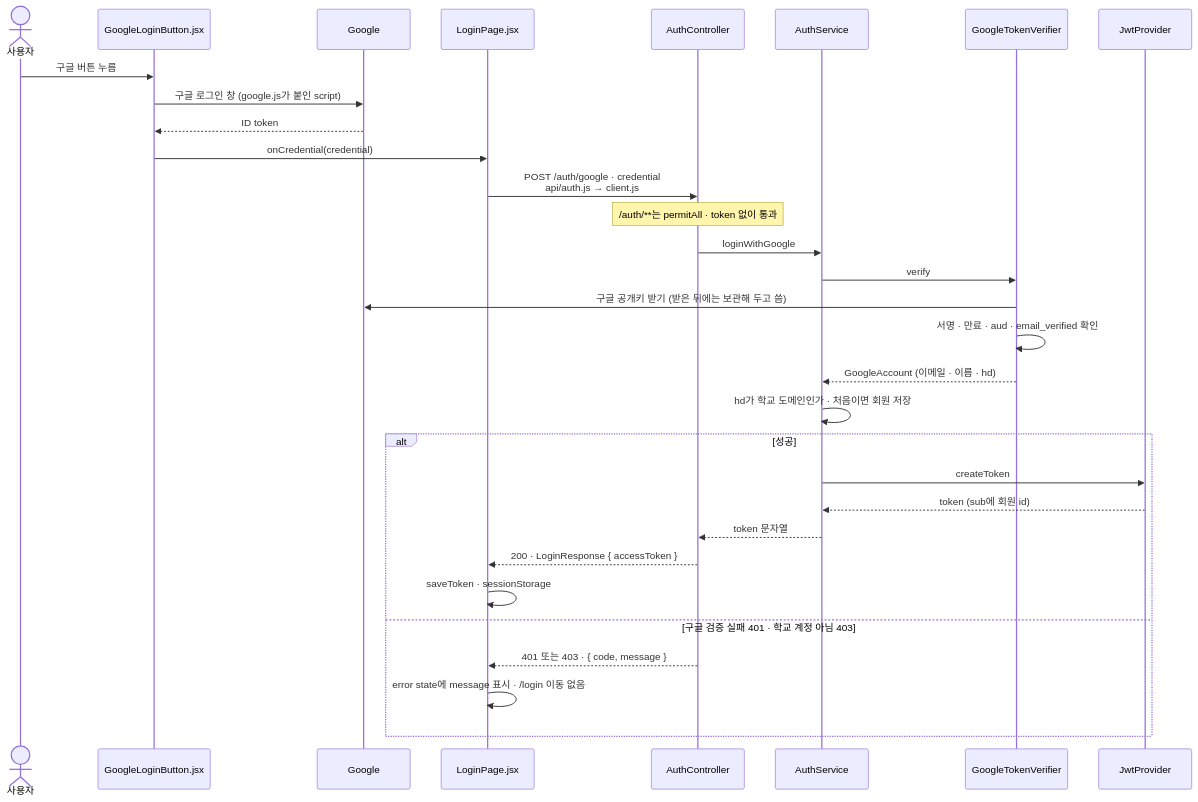
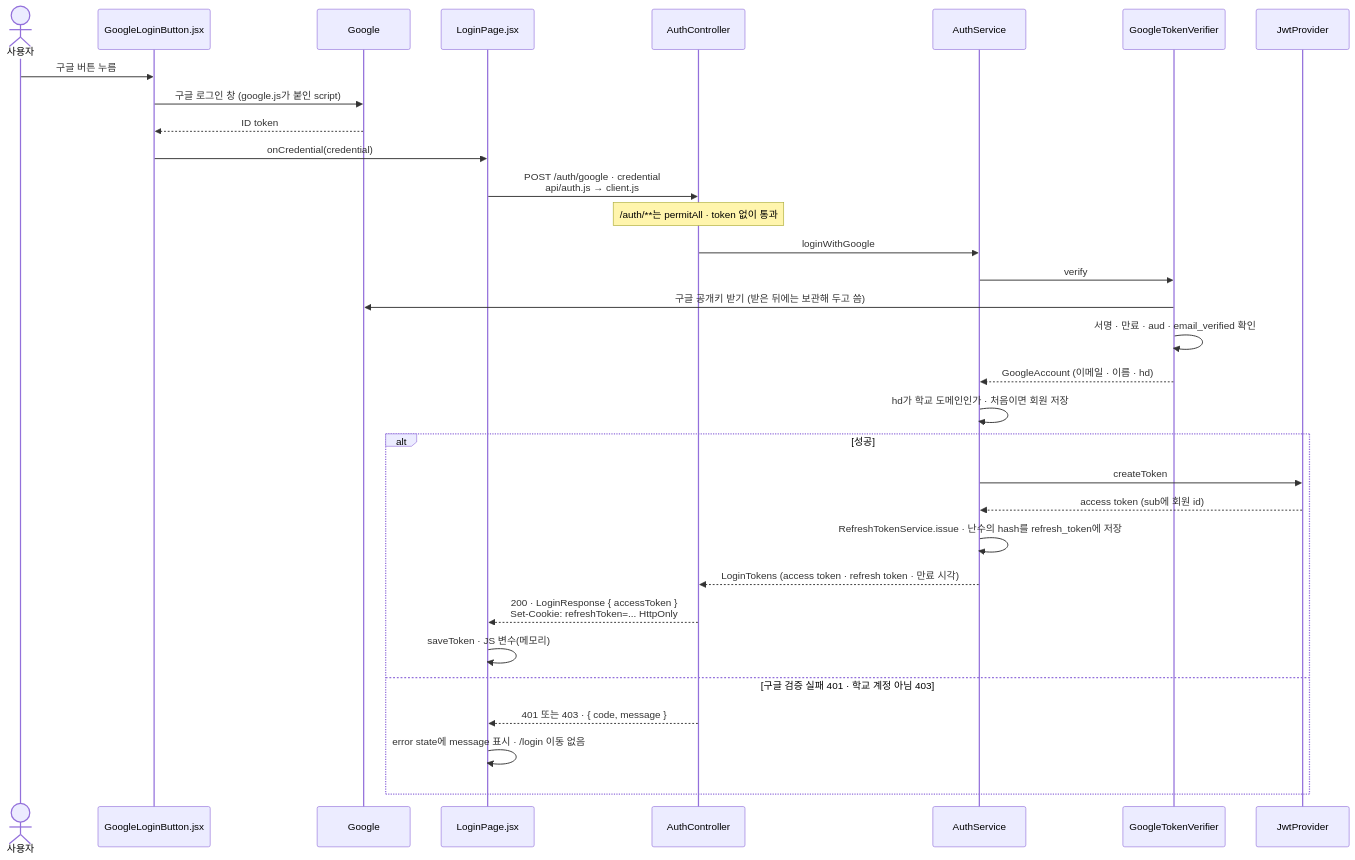
Before and after one commit to Pyrite9/footprint-demo: the second of 6 diagrams in docs/architecture.md, drawn with Mermaid. The commit also changed other lines of this file and 33 other files, not shown here.

Commit message:
feat: add refresh token with httpOnly cookie and rotation

````diff
--- a/docs/architecture.md
+++ b/docs/architecture.md
@@ -67,34 +70,35 @@
 ```mermaid
 sequenceDiagram
     actor U as 사용자
     participant B as GoogleLoginButton.jsx
     participant G as Google
     participant P as LoginPage.jsx
     participant AC as AuthController
     participant A as AuthService
     participant V as GoogleTokenVerifier
     participant J as JwtProvider
 
     U->>B: 구글 버튼 누름
     B->>G: 구글 로그인 창 (google.js가 붙인 script)
     G-->>B: ID token
     B->>P: onCredential(credential)
     P->>AC: POST /auth/google · credential<br/>api/auth.js → client.js
     Note over AC: /auth/**는 permitAll · token 없이 통과
     AC->>A: loginWithGoogle
     A->>V: verify
     V->>G: 구글 공개키 받기 (받은 뒤에는 보관해 두고 씀)
     V->>V: 서명 · 만료 · aud · email_verified 확인
     V-->>A: GoogleAccount (이메일 · 이름 · hd)
     A->>A: hd가 학교 도메인인가 · 처음이면 회원 저장
     alt 성공
         A->>J: createToken
-        J-->>A: token (sub에 회원 id)
-        A-->>AC: token 문자열
-        AC-->>P: 200 · LoginResponse { accessToken }
-        P->>P: saveToken · sessionStorage
+        J-->>A: access token (sub에 회원 id)
+        A->>A: RefreshTokenService.issue · 난수의 hash를 refresh_token에 저장
+        A-->>AC: LoginTokens (access token · refresh token · 만료 시각)
+        AC-->>P: 200 · LoginResponse { accessToken }<br/>Set-Cookie: refreshToken=... HttpOnly
+        P->>P: saveToken · JS 변수(메모리)
     else 구글 검증 실패 401 · 학교 계정 아님 403
         AC-->>P: 401 또는 403 · { code, message }
         P->>P: error state에 message 표시 · /login 이동 없음
     end
 ```
````
